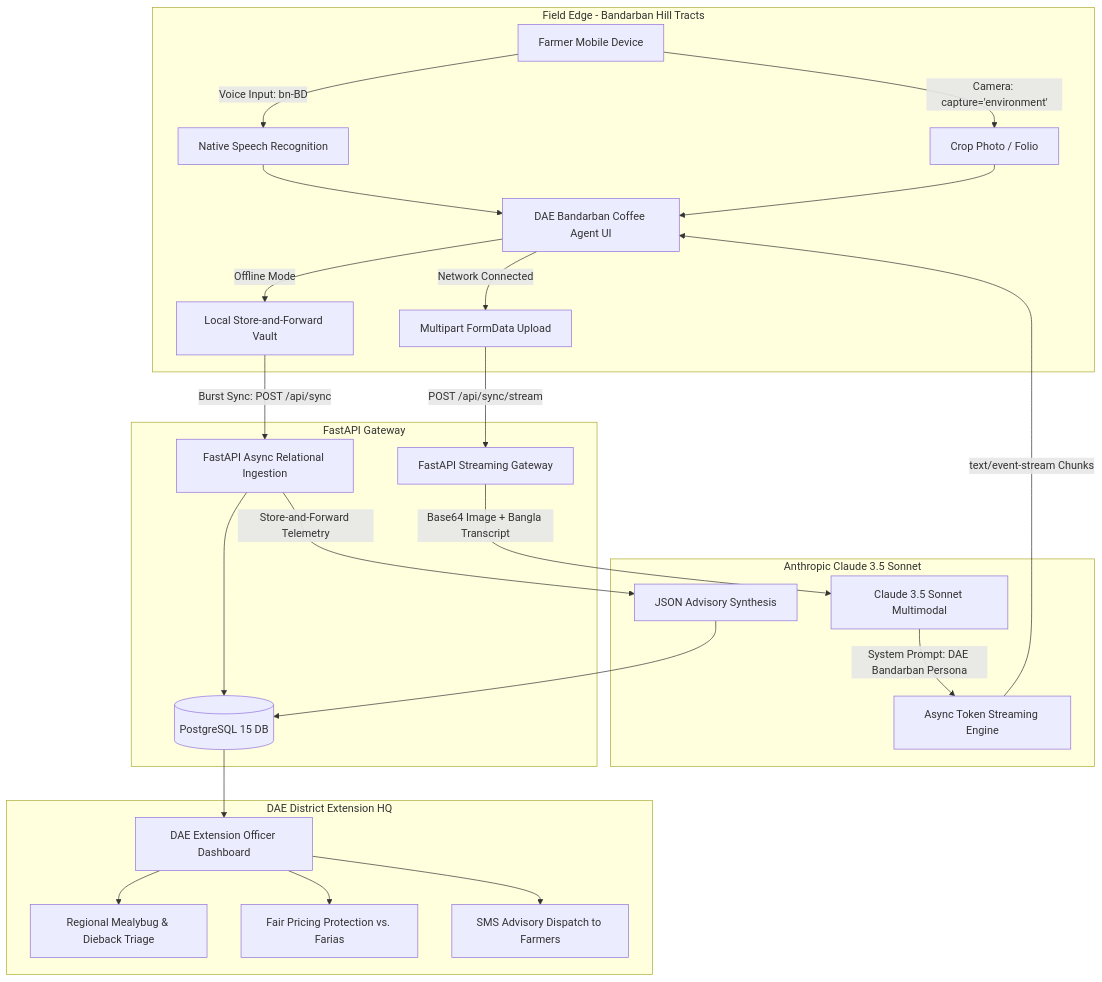
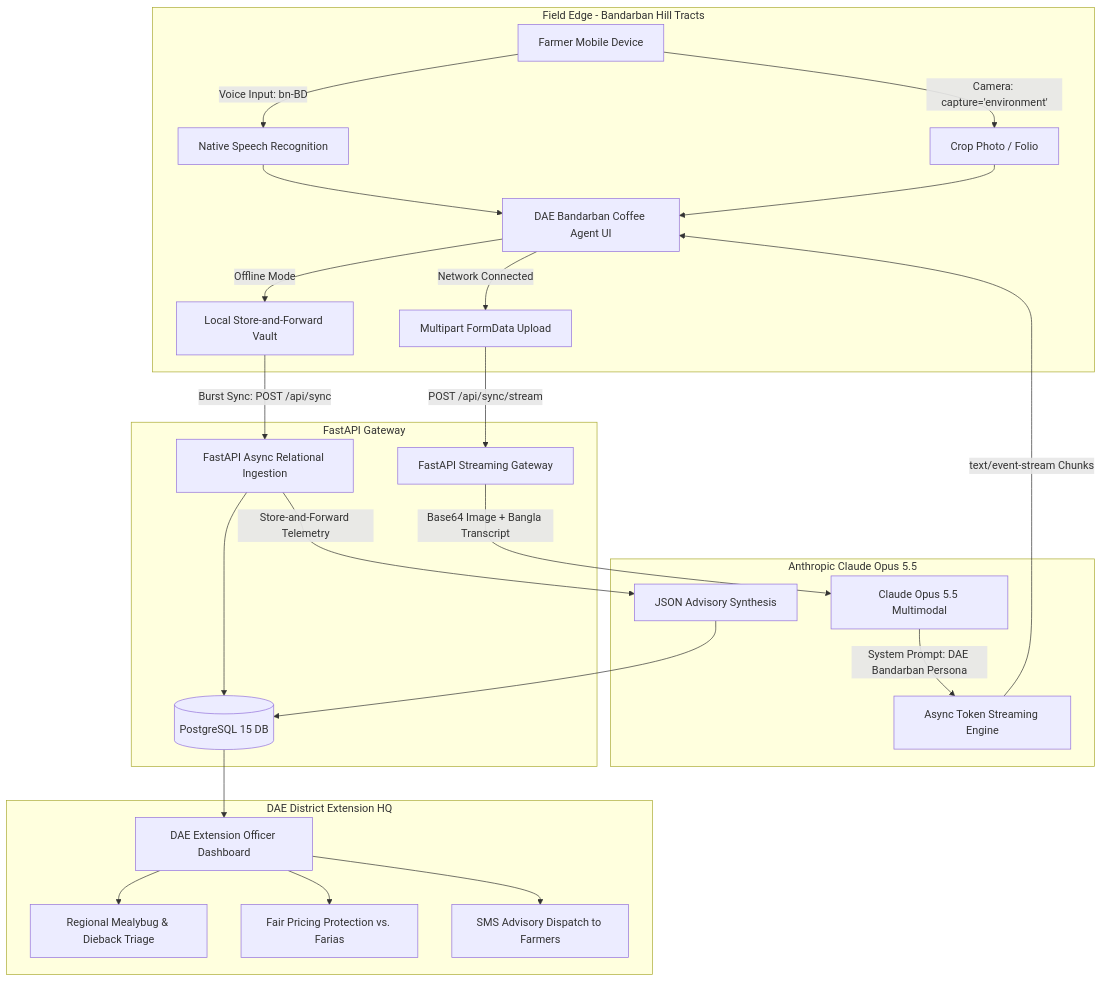
One commit to Arif-Badhon/hackos_multiagent_agri_solution changed the diagram in README.md. Above: the diagram before and after it, drawn with Mermaid. The commit also changed other lines of this file and 8 other files, not shown here.

````diff
--- a/README.md
+++ b/README.md
@@ -82,31 +82,31 @@
 ```mermaid
 graph TD
     subgraph Mobile Edge Layer [Field Edge - Bandarban Hill Tracts]
         A[Farmer Mobile Device] -->|Voice Input: bn-BD| B[Native Speech Recognition]
         A -->|Camera: capture='environment'| C[Crop Photo / Folio]
         B & C --> D[DAE Bandarban Coffee Agent UI]
         D -->|Offline Mode| E[Local Store-and-Forward Vault]
         D -->|Network Connected| F[Multipart FormData Upload]
     end
 
     subgraph Gateway Ingestion Layer [FastAPI Gateway]
         F -->|POST /api/sync/stream| G[FastAPI Streaming Gateway]
         E -->|Burst Sync: POST /api/sync| H[FastAPI Async Relational Ingestion]
         H --> I[(PostgreSQL 15 DB)]
     end
 
-    subgraph Intelligence Layer [Anthropic Claude 3.5 Sonnet]
-        G -->|Base64 Image + Bangla Transcript| J[Claude 3.5 Sonnet Multimodal]
+    subgraph Intelligence Layer [Anthropic Claude Opus 5.5]
+        G -->|Base64 Image + Bangla Transcript| J[Claude Opus 5.5 Multimodal]
         J -->|System Prompt: DAE Bandarban Persona| K[Async Token Streaming Engine]
         K -->|text/event-stream Chunks| D
         H -->|Store-and-Forward Telemetry| L[JSON Advisory Synthesis]
         L --> I
     end
 
     subgraph Operational Command Layer [DAE District Extension HQ]
         I --> M[DAE Extension Officer Dashboard]
         M --> N[Regional Mealybug & Dieback Triage]
         M --> O[Fair Pricing Protection vs. Farias]
         M --> P[SMS Advisory Dispatch to Farmers]
     end
 ```
````
